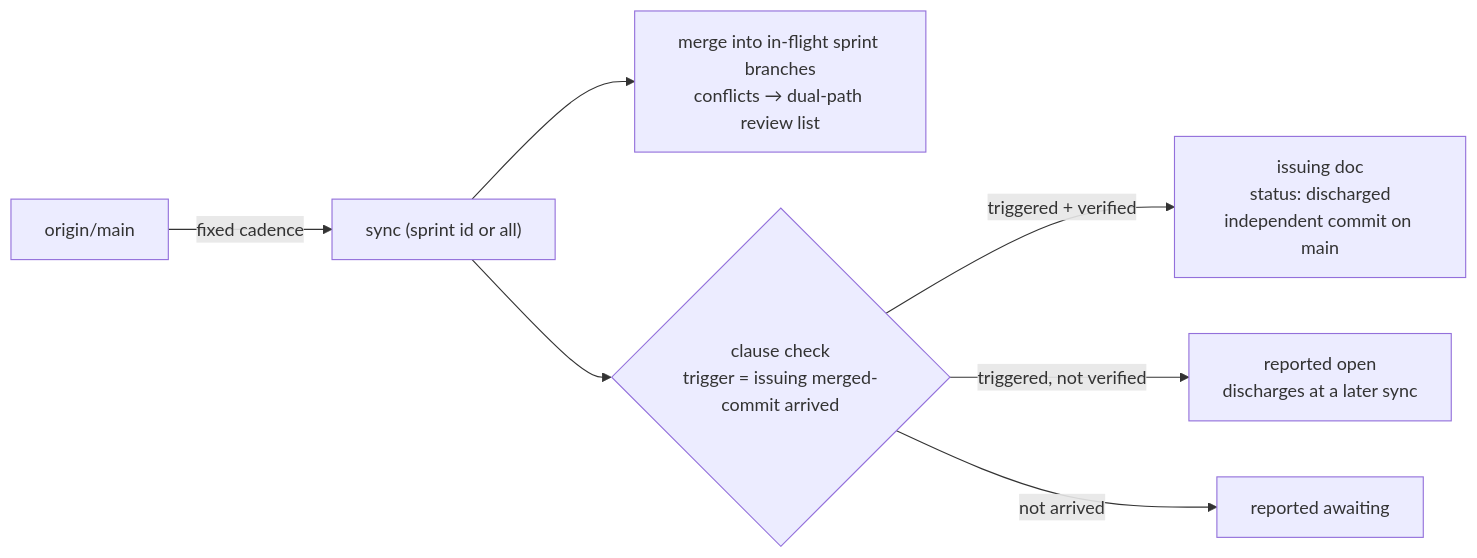
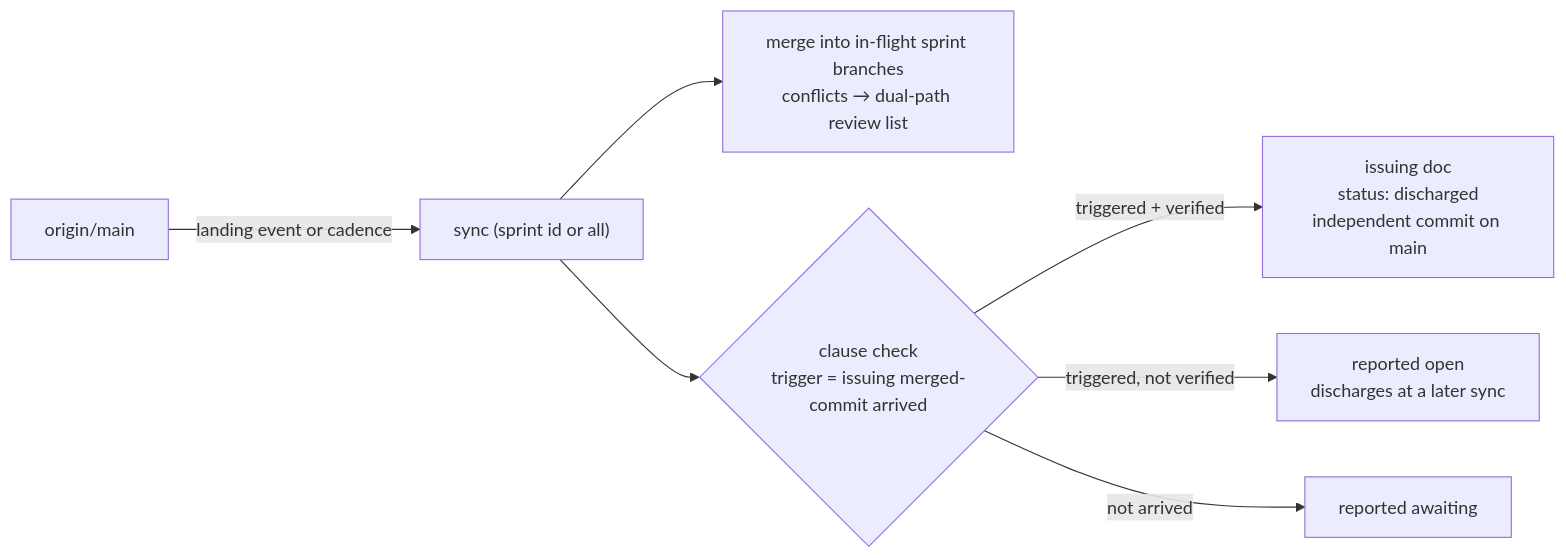
Before and after one commit to WayJ/supervibe: the second of 2 diagrams in README.md, drawn with Mermaid. The commit also changed other lines of this file and 1 other file, not shown here.

````diff
--- a/README.md
+++ b/README.md
@@ -98,9 +100,9 @@
 ```mermaid
 flowchart LR
-    O["origin/main"] -->|fixed cadence| SY["sync (sprint id or all)"]
+    O["origin/main"] -->|landing event or cadence| SY["sync (sprint id or all)"]
     SY --> C1["merge into in-flight sprint branches<br/>conflicts → dual-path review list"]
     SY --> C2{"clause check<br/>trigger = issuing merged-commit arrived"}
     C2 -->|triggered + verified| C3["issuing doc<br/>status: discharged<br/>independent commit on main"]
     C2 -->|triggered, not verified| C4["reported open<br/>discharges at a later sync"]
     C2 -->|not arrived| C5["reported awaiting"]
 ```
````
